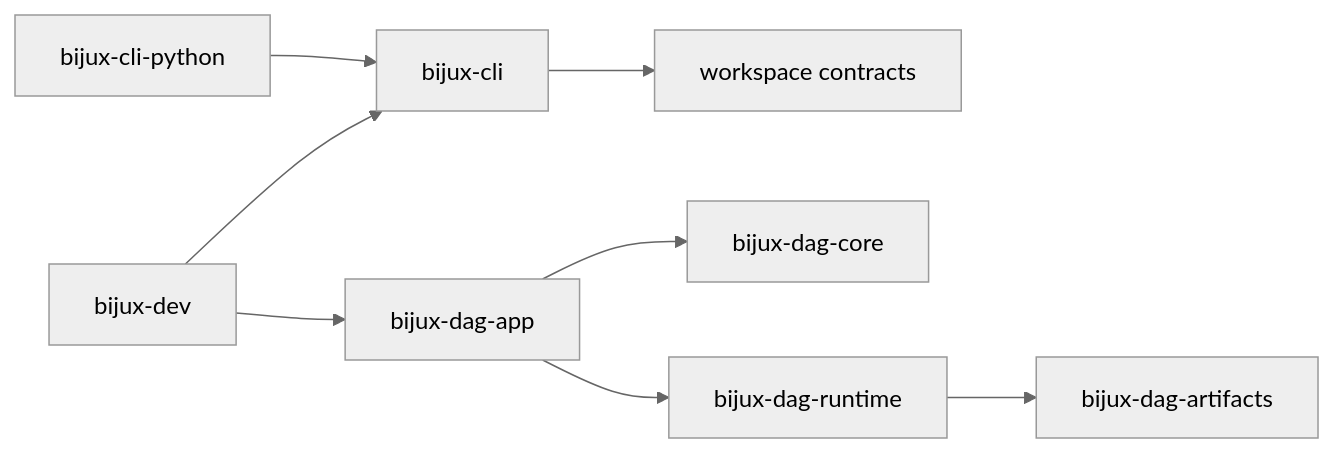
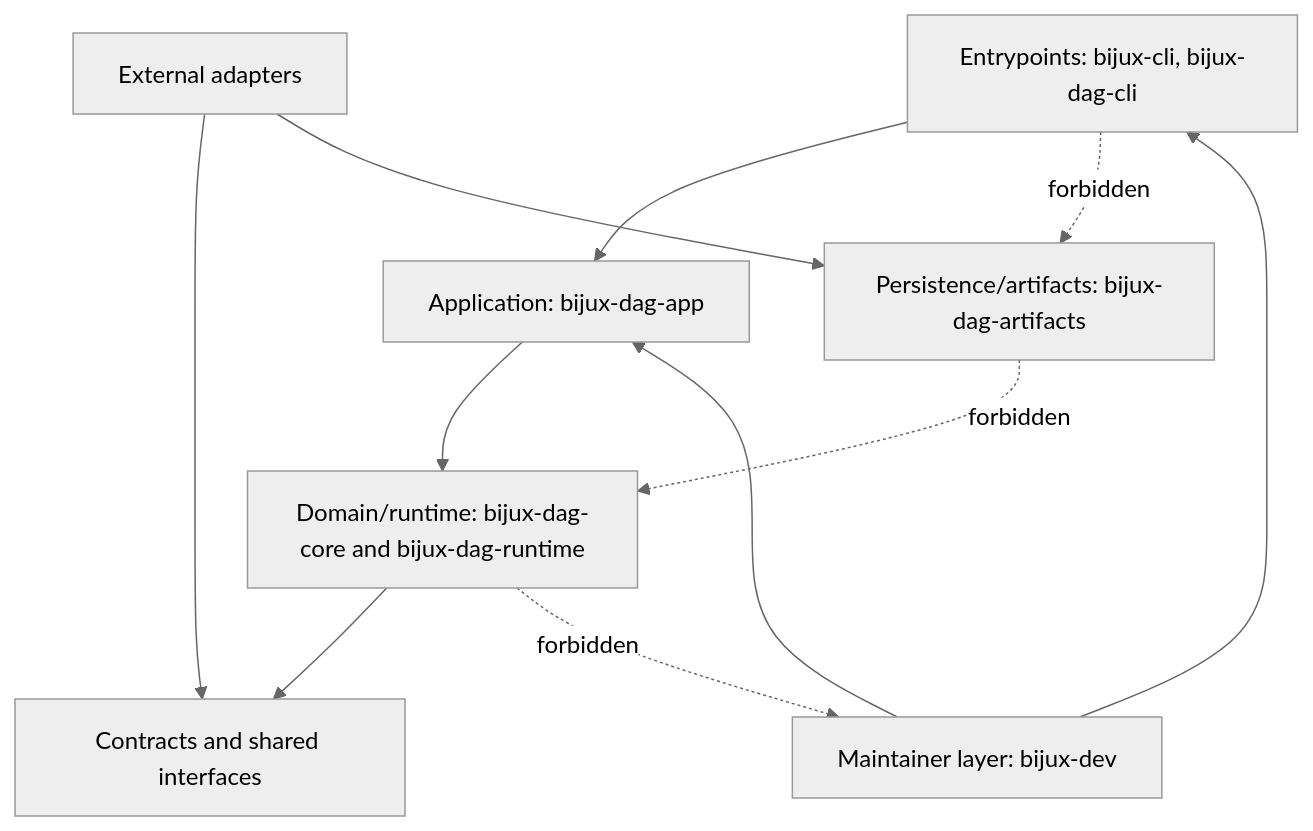
One commit to bijux/bijux-cli changed the diagram in docs/bijux-core/architecture/dependency-direction.md. Above: the diagram before and after it, drawn with Mermaid (neutral theme).

Commit message:
docs(bijux-core): convert dependency direction diagram to layered policy map

````diff
--- a/docs/bijux-core/architecture/dependency-direction.md
+++ b/docs/bijux-core/architecture/dependency-direction.md
@@ -17,10 +17,22 @@
 ```mermaid
-flowchart LR
-    cli[bijux-cli] --> core_contracts[workspace contracts]
-    dag_app[bijux-dag-app] --> dag_core[bijux-dag-core]
-    dag_app --> dag_runtime[bijux-dag-runtime]
-    dag_runtime --> dag_artifacts[bijux-dag-artifacts]
-    dev[bijux-dev] --> cli
-    dev --> dag_app
-    py[bijux-cli-python] --> cli
+flowchart TB
+    entry[Entrypoints: bijux-cli, bijux-dag-cli]
+    app[Application: bijux-dag-app]
+    domain[Domain/runtime: bijux-dag-core and bijux-dag-runtime]
+    ports[Contracts and shared interfaces]
+    adapters[External adapters]
+    store[Persistence/artifacts: bijux-dag-artifacts]
+    maintain[Maintainer layer: bijux-dev]
+
+    entry --> app
+    app --> domain
+    domain --> ports
+    adapters --> ports
+    adapters --> store
+    maintain --> entry
+    maintain --> app
+
+    entry -. forbidden .-> store
+    store -. forbidden .-> domain
+    domain -. forbidden .-> maintain
 ```
````
